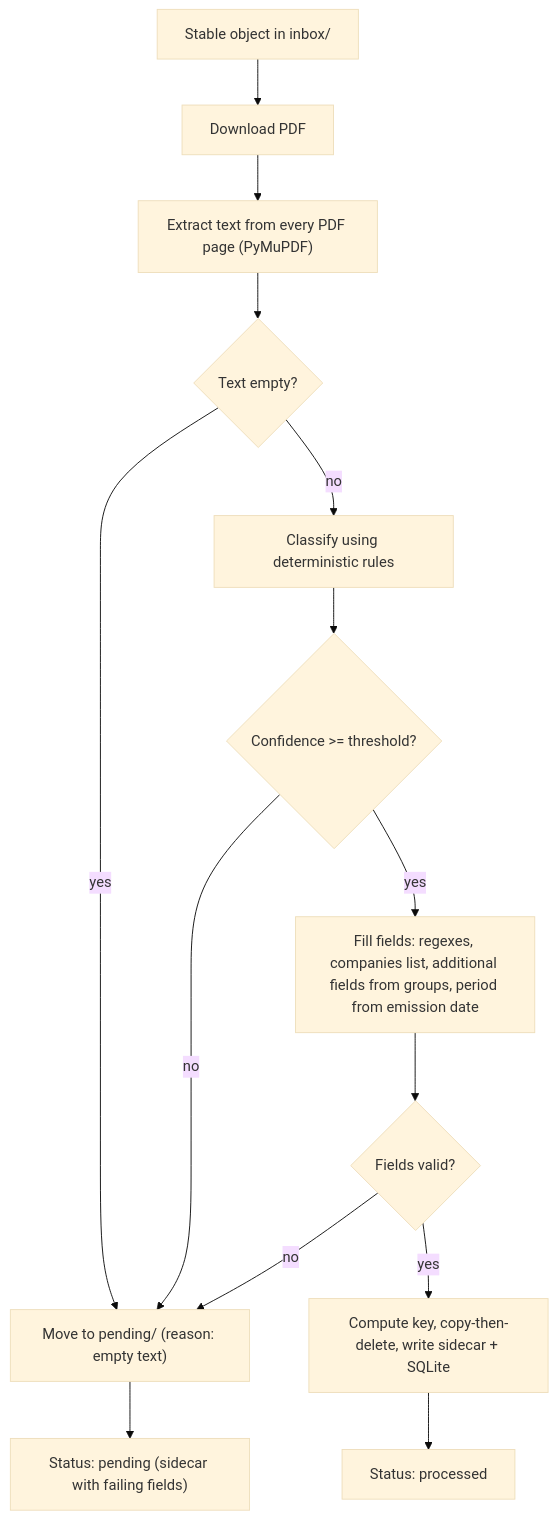
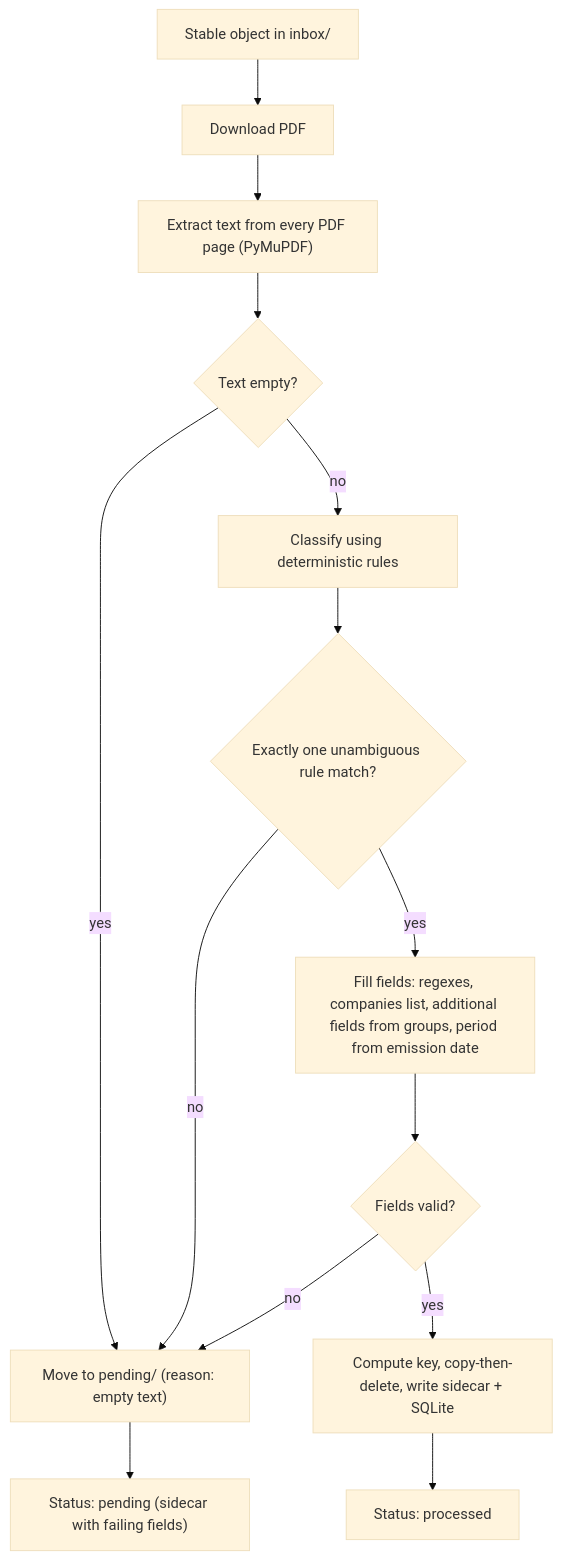
One commit to napnap75/multiarch-docker-images changed the second of 3 diagrams in automatic-pdf-renamer/arch.md. Above: the diagram before and after it, drawn with Mermaid (base theme). The commit also changed other lines of this file, not shown here.

Commit message:
docs(automatic-pdf-renamer): clarify pending and rules-only behavior

````diff
--- a/automatic-pdf-renamer/arch.md
+++ b/automatic-pdf-renamer/arch.md
@@ -100,16 +100,16 @@
 ```mermaid
 flowchart TD
   in["Stable object in inbox/"] --> dl["Download PDF"]
   dl --> tx["Extract text from every PDF page (PyMuPDF)"]
   tx --> empty{"Text empty?"}
   empty -- yes --> pending["Move to pending/ (reason: empty text)"]
   empty -- no --> cls["Classify using deterministic rules"]
-  cls --> conf{"Confidence >= threshold?"}
-  conf -- no --> pending
-  conf -- yes --> fill["Fill fields: regexes, companies list, additional fields from groups, period from emission date"]
+  cls --> unamb{"Exactly one unambiguous rule match?"}
+  unamb -- no --> pending
+  unamb -- yes --> fill["Fill fields: regexes, companies list, additional fields from groups, period from emission date"]
   fill --> valid{"Fields valid?"}
   valid -- no --> pending
   valid -- yes --> rename["Compute key, copy-then-delete, write sidecar + SQLite"]
   rename --> done["Status: processed"]
   pending --> wait["Status: pending (sidecar with failing fields)"]
 ```
````
